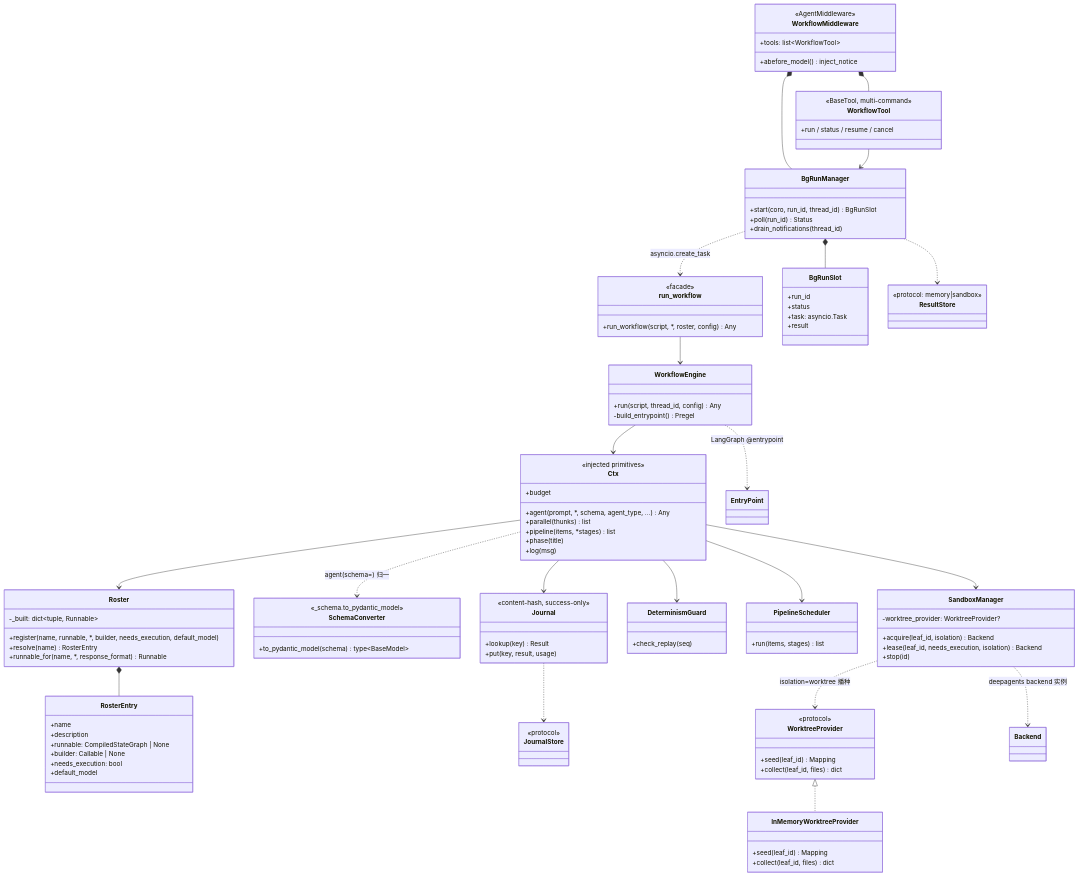
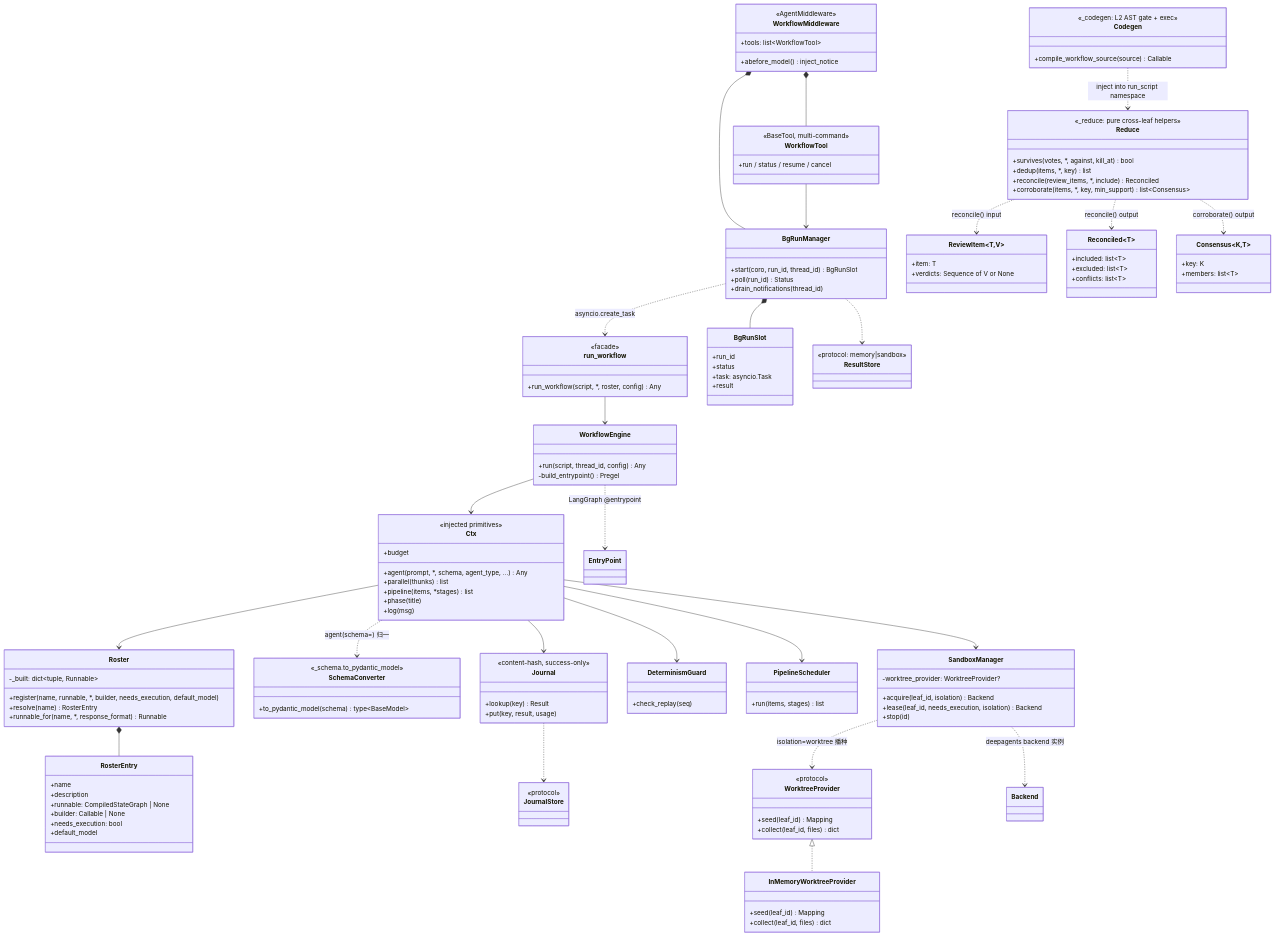
The diagram in design_docs/uml/02-class.md (nemori-ai/langchain-dynamic-workflow), drawn with Mermaid before and after one commit. The commit also changed other lines of this file and 20 other files, not shown here.

First line of the commit message:
feat(reduce): cross-leaf reduce helpers (v0.3.0 M1) (#6)

````diff
--- a/design_docs/uml/02-class.md
+++ b/design_docs/uml/02-class.md
@@ -81,6 +81,30 @@
     +result
   }
   class ResultStore { <<protocol: memory|sandbox>> }
+  class Reduce {
+    <<_reduce: pure cross-leaf helpers>>
+    +survives(votes, *, against, kill_at) bool
+    +dedup(items, *, key) list
+    +reconcile(review_items, *, include) Reconciled
+    +corroborate(items, *, key, min_support) list~Consensus~
+  }
+  class ReviewItem~T,V~ {
+    +item: T
+    +verdicts: Sequence of V or None
+  }
+  class Reconciled~T~ {
+    +included: list~T~
+    +excluded: list~T~
+    +conflicts: list~T~
+  }
+  class Consensus~K,T~ {
+    +key: K
+    +members: list~T~
+  }
+  class Codegen {
+    <<_codegen: L2 AST gate + exec>>
+    +compile_workflow_source(source) Callable
+  }
 
   run_workflow --> WorkflowEngine
   WorkflowEngine --> Ctx
@@ -102,4 +126,8 @@
   BgRunManager *-- BgRunSlot
   BgRunManager ..> ResultStore
   BgRunManager ..> run_workflow : asyncio.create_task
+  Reduce ..> ReviewItem : reconcile() input
+  Reduce ..> Reconciled : reconcile() output
+  Reduce ..> Consensus : corroborate() output
+  Codegen ..> Reduce : inject into run_script namespace
 ```
````
